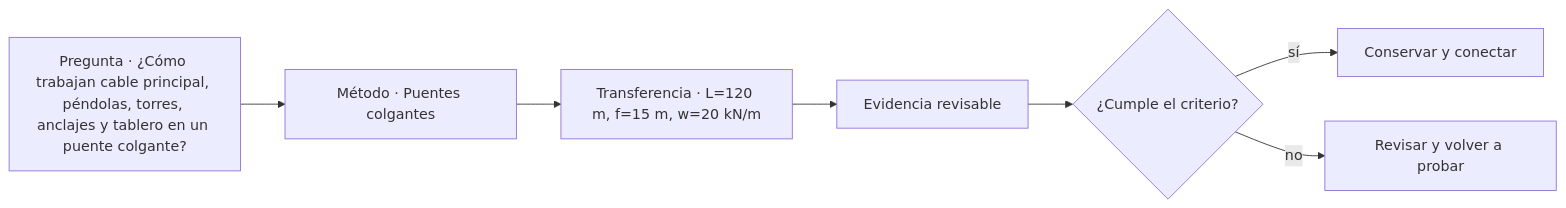
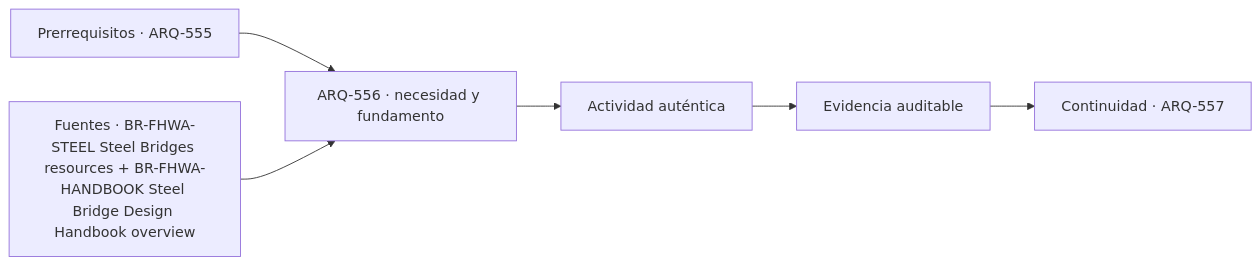
The diagram in classes/parte-56/ARQ-556.md (vladimiracunadev-create/architecture-built-environment-learning-program), drawn with Mermaid before and after one commit. The commit also changed other lines of this file and 761 other files, not shown here.

````diff
--- a/classes/parte-56/ARQ-556.md
+++ b/classes/parte-56/ARQ-556.md
@@ -95,9 +107,8 @@
 ```mermaid
 flowchart LR
-    Q["Pregunta · ¿Cómo trabajan cable principal, péndolas, torres, anclajes y tablero en un puente colgante?"] --> M["Método · Puentes colgantes"]
-    M --> P["Transferencia · L=120 m, f=15 m, w=20 kN/m"]
-    P --> E["Evidencia revisable"]
-    E --> C{"¿Cumple el criterio?"}
-    C -->|sí| T["Conservar y conectar"]
-    C -->|no| R["Revisar y volver a probar"]
+    A["Prerrequisitos · ARQ-555"] --> B["ARQ-556 · necesidad y fundamento"]
+    S["Fuentes · BR-FHWA-STEEL Steel Bridges resources + BR-FHWA-HANDBOOK Steel Bridge Design Handbook overview"] --> B
+    B --> C["Actividad auténtica"]
+    C --> D["Evidencia auditable"]
+    D --> E["Continuidad · ARQ-557"]
 ```
````
